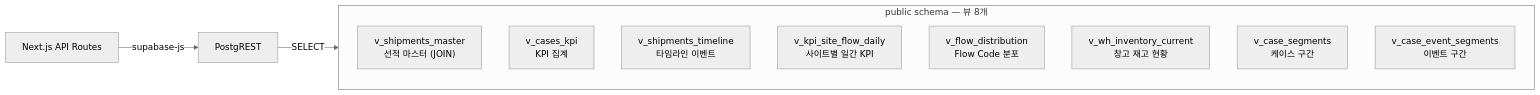
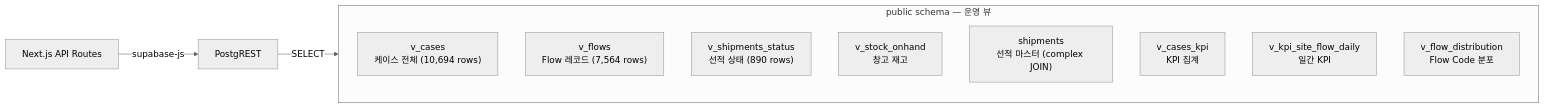
Before and after one commit to macho715/logi_hvdc_dash: the fourth of 12 diagrams in apps/logistics-dashboard/docs/SUPABASE.md, drawn with Mermaid (neutral theme). The commit also changed other lines of this file and 80 other files, not shown here.

````diff
--- a/apps/logistics-dashboard/docs/SUPABASE.md
+++ b/apps/logistics-dashboard/docs/SUPABASE.md
@@ -344,16 +353,16 @@
 ```mermaid
 flowchart LR
     App["Next.js API Routes"] -->|"supabase-js"| PostgREST
     PostgREST -->|"SELECT"| Views
 
-    subgraph Views["public schema — 뷰 8개"]
-        V1["v_shipments_master\n선적 마스터 (JOIN)"]
-        V2["v_cases_kpi\nKPI 집계"]
-        V3["v_shipments_timeline\n타임라인 이벤트"]
-        V4["v_kpi_site_flow_daily\n사이트별 일간 KPI"]
-        V5["v_flow_distribution\nFlow Code 분포"]
-        V6["v_wh_inventory_current\n창고 재고 현황"]
-        V7["v_case_segments\n케이스 구간"]
-        V8["v_case_event_segments\n이벤트 구간"]
+    subgraph Views["public schema — 운영 뷰"]
+        V1["v_cases\n케이스 전체 (10,694 rows)"]
+        V2["v_flows\nFlow 레코드 (7,564 rows)"]
+        V3["v_shipments_status\n선적 상태 (890 rows)"]
+        V4["v_stock_onhand\n창고 재고"]
+        V5["shipments\n선적 마스터 (complex JOIN)"]
+        V6["v_cases_kpi\nKPI 집계"]
+        V7["v_kpi_site_flow_daily\n일간 KPI"]
+        V8["v_flow_distribution\nFlow Code 분포"]
     end
 ```
````
